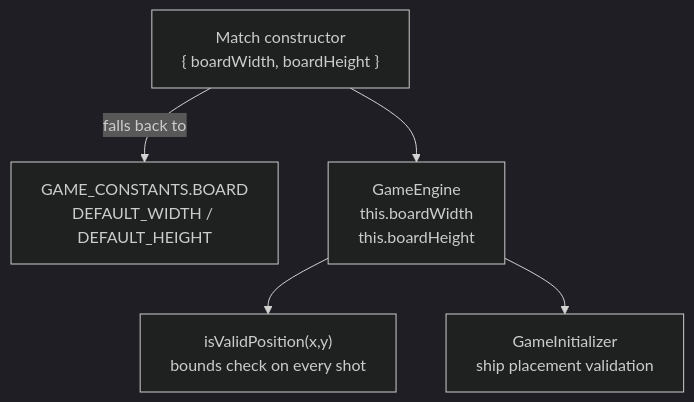
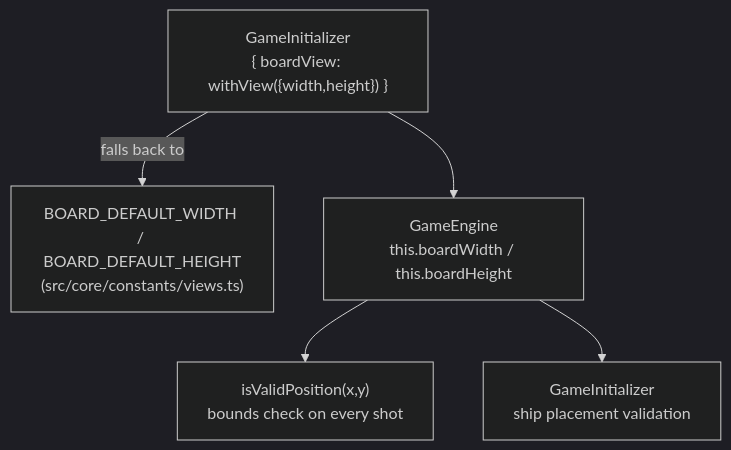
Before and after one commit to alexsantos-eth/armada-engine: the first of 3 diagrams in docs/extension-guide.md, drawn with Mermaid (dark theme). The commit also changed other lines of this file and 3 other files, not shown here.

````diff
--- a/docs/extension-guide.md
+++ b/docs/extension-guide.md
@@ -70,8 +76,8 @@
 ```mermaid
 flowchart TD
-    A["Match constructor\n{ boardWidth, boardHeight }"]
-    A -->|"falls back to"| B["GAME_CONSTANTS.BOARD\nDEFAULT_WIDTH / DEFAULT_HEIGHT"]
-    A --> C["GameEngine\nthis.boardWidth\nthis.boardHeight"]
+    A["GameInitializer\n{ boardView: withView({width,height}) }"]
+    A -->|"falls back to"| B["BOARD_DEFAULT_WIDTH / BOARD_DEFAULT_HEIGHT\n(src/core/constants/views.ts)"]
+    A --> C["GameEngine\nthis.boardWidth / this.boardHeight"]
     C --> D["isValidPosition(x,y)\nbounds check on every shot"]
     C --> E["GameInitializer\nship placement validation"]
 ```
````
